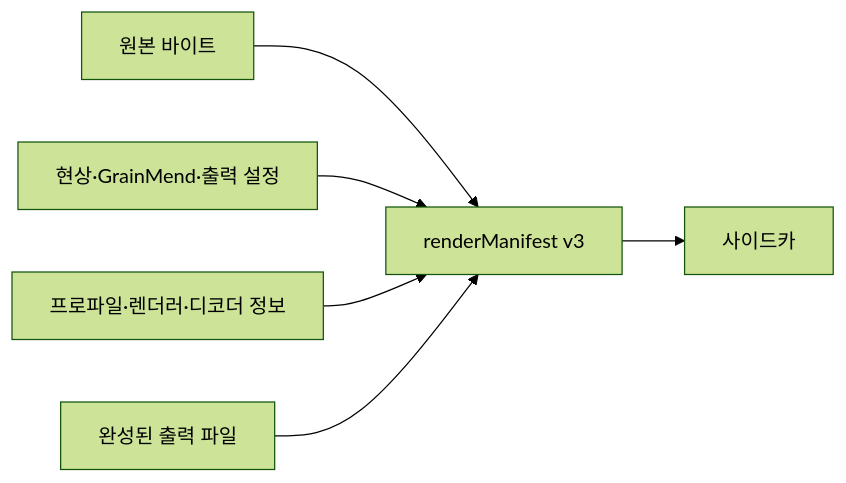
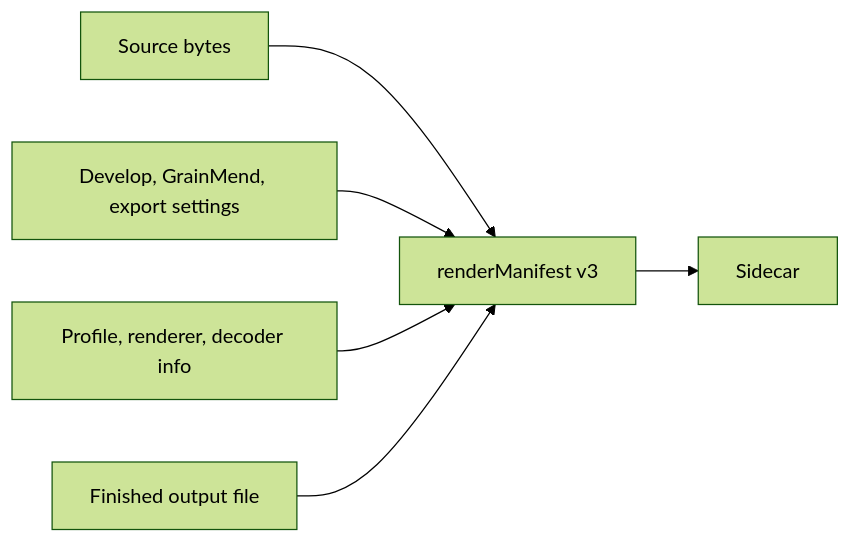
Before and after one commit to habinsong/negaflow: the diagram in docs/reference/RENDER_MANIFEST.md, drawn with Mermaid (forest theme). The commit also changed other lines of this file and 119 other files, not shown here.

````diff
--- a/docs/reference/RENDER_MANIFEST.md
+++ b/docs/reference/RENDER_MANIFEST.md
@@ -8,8 +8,8 @@
 ```mermaid
 flowchart LR
-    A["원본 바이트"] --> D["renderManifest v3"]
-    B["현상·GrainMend·출력 설정"] --> D
-    C["프로파일·렌더러·디코더 정보"] --> D
-    E["완성된 출력 파일"] --> D
-    D --> F["사이드카"]
+    A["Source bytes"] --> D["renderManifest v3"]
+    B["Develop, GrainMend, export settings"] --> D
+    C["Profile, renderer, decoder info"] --> D
+    E["Finished output file"] --> D
+    D --> F["Sidecar"]
 ```
````
